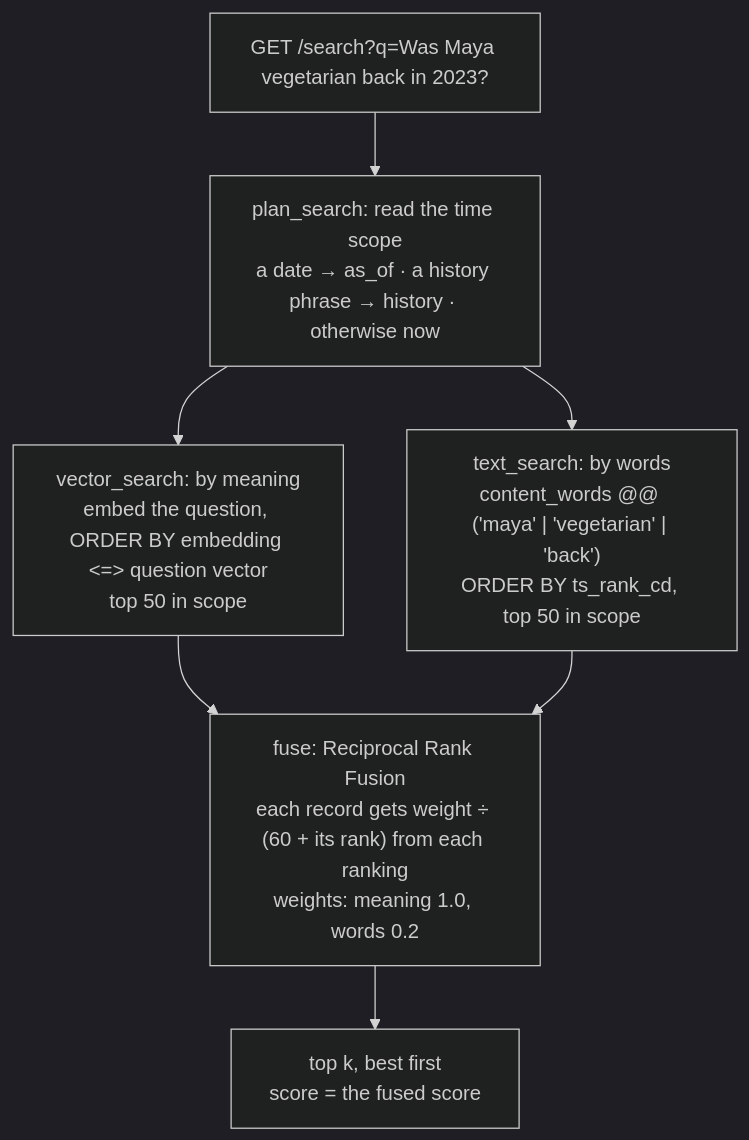
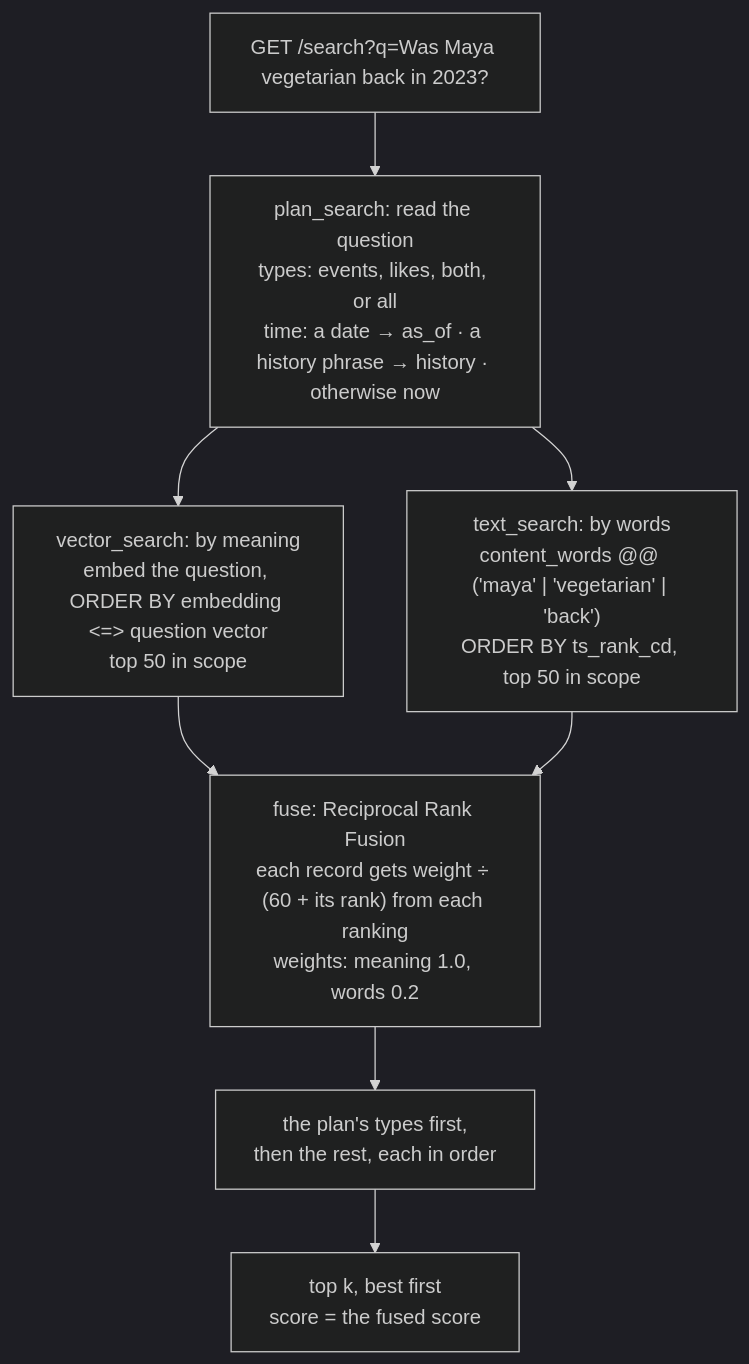
Diagram 17 of 24 in docs/design.md (ZiadHendawy/mutable), drawn with Mermaid (dark theme) before and after one commit. The commit also changed other lines of this file and 7 other files, not shown here.

First line of the commit message:
M4 step 7: rank the record types a question is about first

````diff
--- a/docs/design.md
+++ b/docs/design.md
@@ -945,9 +947,10 @@
 ```mermaid
 flowchart TD
-    q["GET /search?q=Was Maya vegetarian back in 2023?"] --> p["plan_search: read the time scope<br/>a date → as_of · a history phrase → history · otherwise now"]
+    q["GET /search?q=Was Maya vegetarian back in 2023?"] --> p["plan_search: read the question<br/>types: events, likes, both, or all<br/>time: a date → as_of · a history phrase → history · otherwise now"]
     p --> v["vector_search: by meaning<br/>embed the question, ORDER BY embedding <=> question vector<br/>top 50 in scope"]
     p --> t["text_search: by words<br/>content_words @@ ('maya' | 'vegetarian' | 'back')<br/>ORDER BY ts_rank_cd, top 50 in scope"]
     v --> f["fuse: Reciprocal Rank Fusion<br/>each record gets weight ÷ (60 + its rank) from each ranking<br/>weights: meaning 1.0, words 0.2"]
     t --> f
-    f --> out["top k, best first<br/>score = the fused score"]
+    f --> first["the plan's types first,<br/>then the rest, each in order"]
+    first --> out["top k, best first<br/>score = the fused score"]
 ```
````
